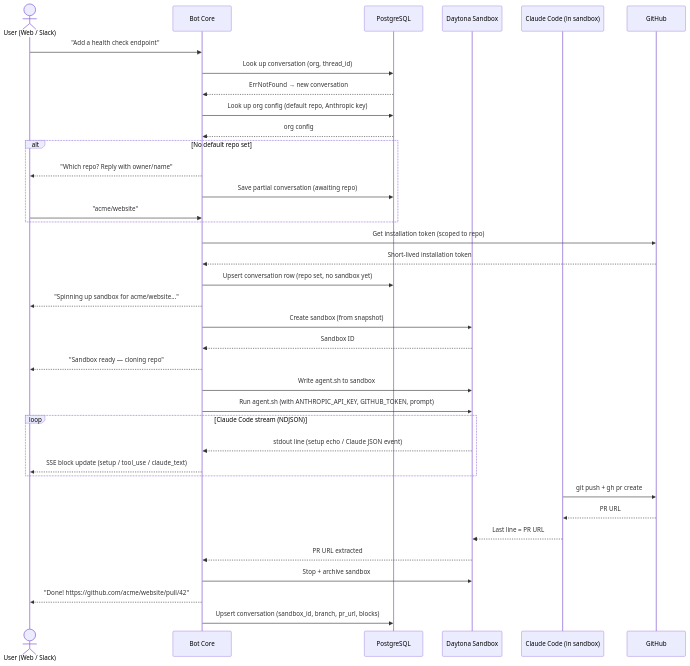
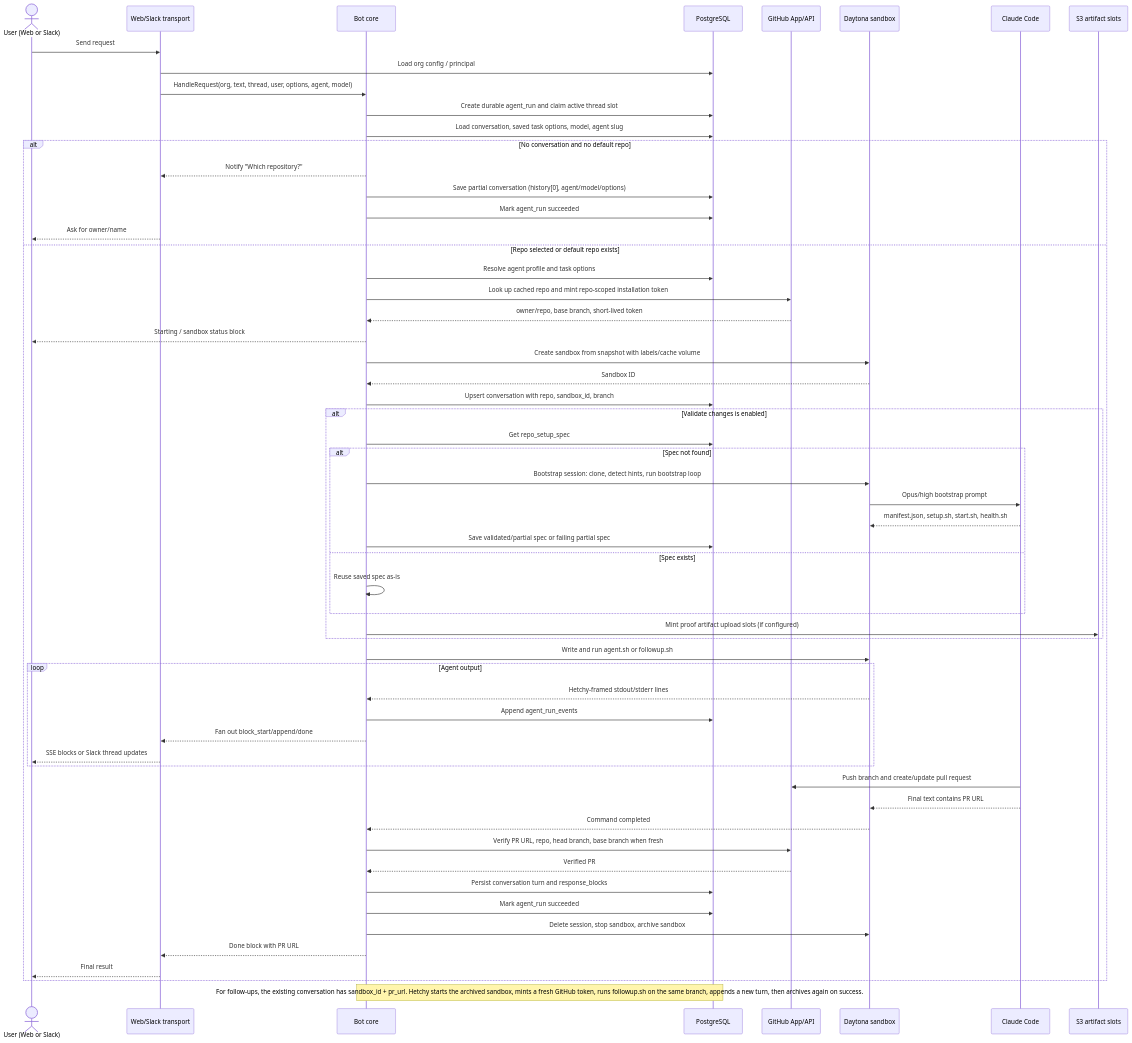
One commit to sleuth-io/hetchy changed the diagram in docs/diagrams/02-request-flow.mmd. Above: the diagram before and after it, drawn with Mermaid. The commit also changed 14 other files, not shown here.

```diff
--- a/docs/diagrams/02-request-flow.mmd
+++ b/docs/diagrams/02-request-flow.mmd
@@ -1,50 +1,66 @@
 sequenceDiagram
-    actor User as User (Web / Slack)
-    participant Bot as Bot Core
+    actor User as User (Web or Slack)
+    participant Transport as Web/Slack transport
+    participant Bot as Bot core
     participant DB as PostgreSQL
-    participant Daytona as Daytona Sandbox
-    participant Claude as Claude Code (in sandbox)
-    participant GH as GitHub
+    participant GH as GitHub App/API
+    participant Daytona as Daytona sandbox
+    participant Claude as Claude Code
+    participant S3 as S3 artifact slots
 
-    User->>Bot: "Add a health check endpoint"
-    Bot->>DB: Look up conversation (org, thread_id)
-    DB-->>Bot: ErrNotFound → new conversation
+    User->>Transport: Send request
+    Transport->>DB: Load org config / principal
+    Transport->>Bot: HandleRequest(org, text, thread, user, options, agent, model)
 
-    Bot->>DB: Look up org config (default repo, Anthropic key)
-    DB-->>Bot: org config
+    Bot->>DB: Create durable agent_run and claim active thread slot
+    Bot->>DB: Load conversation, saved task options, model, agent slug
 
-    alt No default repo set
-        Bot-->>User: "Which repo? Reply with owner/name"
-        Bot->>DB: Save partial conversation (awaiting repo)
-        User->>Bot: "acme/website"
+    alt No conversation and no default repo
+        Bot-->>Transport: Notify "Which repository?"
+        Bot->>DB: Save partial conversation (history[0], agent/model/options)
+        Bot->>DB: Mark agent_run succeeded
+        Transport-->>User: Ask for owner/name
+    else Repo selected or default repo exists
+        Bot->>DB: Resolve agent profile and task options
+        Bot->>GH: Look up cached repo and mint repo-scoped installation token
+        GH-->>Bot: owner/repo, base branch, short-lived token
+
+        Bot-->>User: Starting / sandbox status block
+        Bot->>Daytona: Create sandbox from snapshot with labels/cache volume
+        Daytona-->>Bot: Sandbox ID
+        Bot->>DB: Upsert conversation with repo, sandbox_id, branch
+
+        alt Validate changes is enabled
+            Bot->>DB: Get repo_setup_spec
+            alt Spec not found
+                Bot->>Daytona: Bootstrap session: clone, detect hints, run bootstrap loop
+                Daytona->>Claude: Opus/high bootstrap prompt
+                Claude-->>Daytona: manifest.json, setup.sh, start.sh, health.sh
+                Bot->>DB: Save validated/partial spec or failing partial spec
+            else Spec exists
+                Bot->>Bot: Reuse saved spec as-is
+            end
+            Bot->>S3: Mint proof artifact upload slots (if configured)
+        end
+
+        Bot->>Daytona: Write and run agent.sh or followup.sh
+        loop Agent output
+            Daytona-->>Bot: Hetchy-framed stdout/stderr lines
+            Bot->>DB: Append agent_run_events
+            Bot-->>Transport: Fan out block_start/append/done
+            Transport-->>User: SSE blocks or Slack thread updates
+        end
+
+        Claude->>GH: Push branch and create/update pull request
+        Claude-->>Daytona: Final text contains PR URL
+        Daytona-->>Bot: Command completed
+        Bot->>GH: Verify PR URL, repo, head branch, base branch when fresh
+        GH-->>Bot: Verified PR
+        Bot->>DB: Persist conversation turn and response_blocks
+        Bot->>DB: Mark agent_run succeeded
+        Bot->>Daytona: Delete session, stop sandbox, archive sandbox
+        Bot-->>Transport: Done block with PR URL
+        Transport-->>User: Final result
     end
 
-    Bot->>GH: Get installation token (scoped to repo)
-    GH-->>Bot: Short-lived installation token
-
-    Bot->>DB: Upsert conversation row (repo set, no sandbox yet)
-    Bot-->>User: "Spinning up sandbox for acme/website…"
-
-    Bot->>Daytona: Create sandbox (from snapshot)
-    Daytona-->>Bot: Sandbox ID
-
-    Bot-->>User: "Sandbox ready — cloning repo"
-
-    Bot->>Daytona: Write agent.sh to sandbox
-    Bot->>Daytona: Run agent.sh (with ANTHROPIC_API_KEY, GITHUB_TOKEN, prompt)
-
-    loop Claude Code stream (NDJSON)
-        Daytona-->>Bot: stdout line (setup echo / Claude JSON event)
-        Bot-->>User: SSE block update (setup / tool_use / claude_text)
-    end
-
-    Claude->>GH: git push + gh pr create
-    GH-->>Claude: PR URL
-
-    Claude-->>Daytona: Last line = PR URL
-    Daytona-->>Bot: PR URL extracted
-
-    Bot->>Daytona: Stop + archive sandbox
-
-    Bot-->>User: "Done! https://github.com/acme/website/pull/42"
-    Bot->>DB: Upsert conversation (sandbox_id, branch, pr_url, blocks)
+    Note over Bot,DB: For follow-ups, the existing conversation has sandbox_id + pr_url. Hetchy starts the archived sandbox, mints a fresh GitHub token, runs followup.sh on the same branch, appends a new turn, then archives again on success.
```
